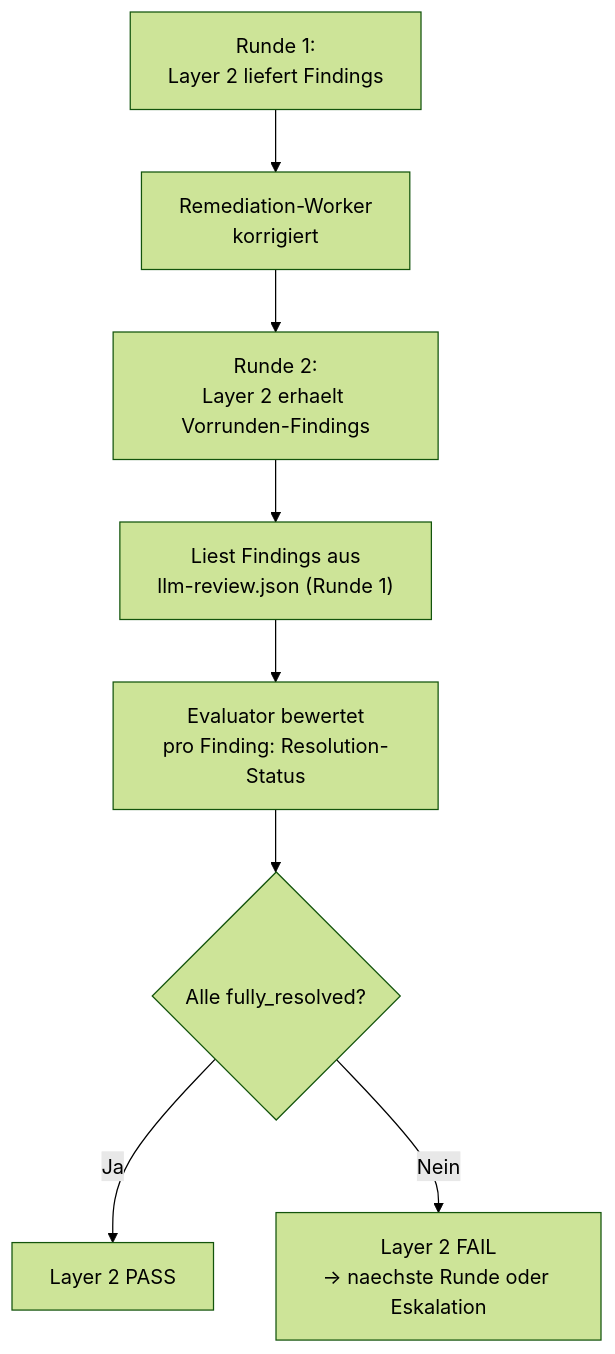
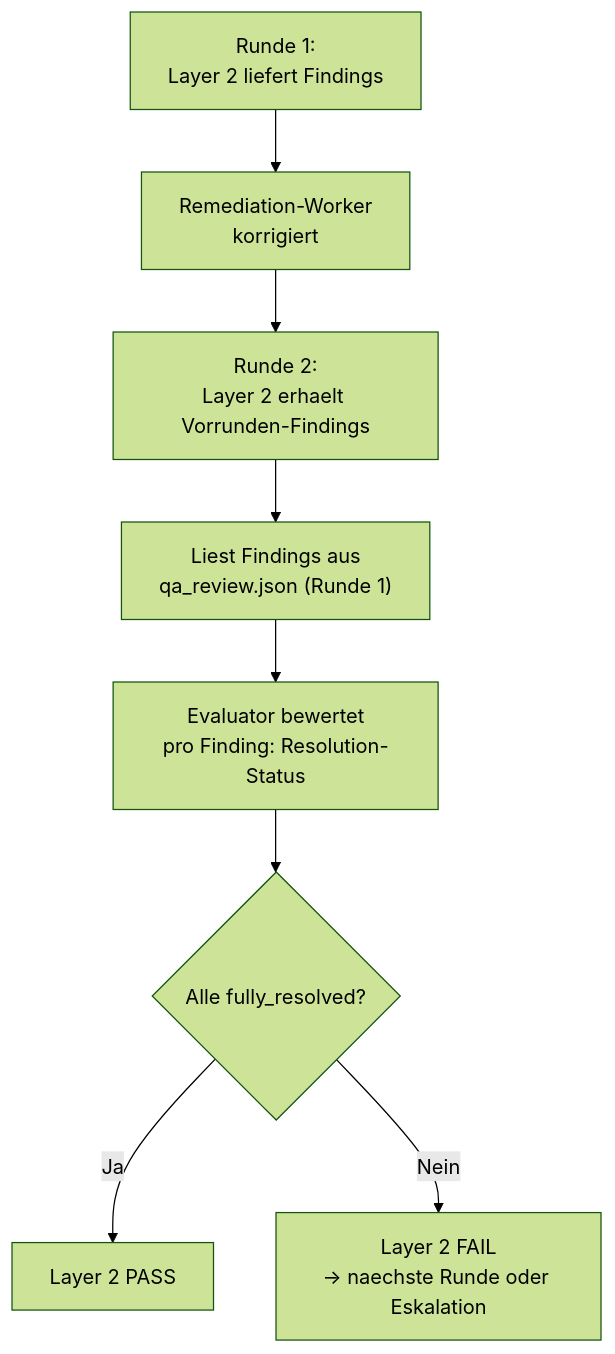
Before and after one commit to saltenhof/claude-agentkit3: the fifth of 7 diagrams in concept/technical-design/34_llm_bewertungen_adversarial_testing_runtime.md, drawn with Mermaid (forest theme). The commit also changed other lines of this file and 135 other files, not shown here.

````diff
--- a/concept/technical-design/34_llm_bewertungen_adversarial_testing_runtime.md
+++ b/concept/technical-design/34_llm_bewertungen_adversarial_testing_runtime.md
@@ -764,10 +764,10 @@
 ```mermaid
 flowchart TD
     R1["Runde 1:<br/>Layer 2 liefert Findings"] --> REM["Remediation-Worker<br/>korrigiert"]
     REM --> R2["Runde 2:<br/>Layer 2 erhaelt Vorrunden-Findings"]
-    R2 --> READ["Liest Findings aus<br/>llm-review.json (Runde 1)"]
+    R2 --> READ["Liest Findings aus<br/>qa_review.json (Runde 1)"]
     READ --> EVAL["Evaluator bewertet<br/>pro Finding: Resolution-Status"]
     EVAL --> CHECK{"Alle fully_resolved?"}
     CHECK -->|Ja| PASS["Layer 2 PASS"]
     CHECK -->|Nein| FAIL["Layer 2 FAIL<br/>→ naechste Runde oder Eskalation"]
 ```
````
